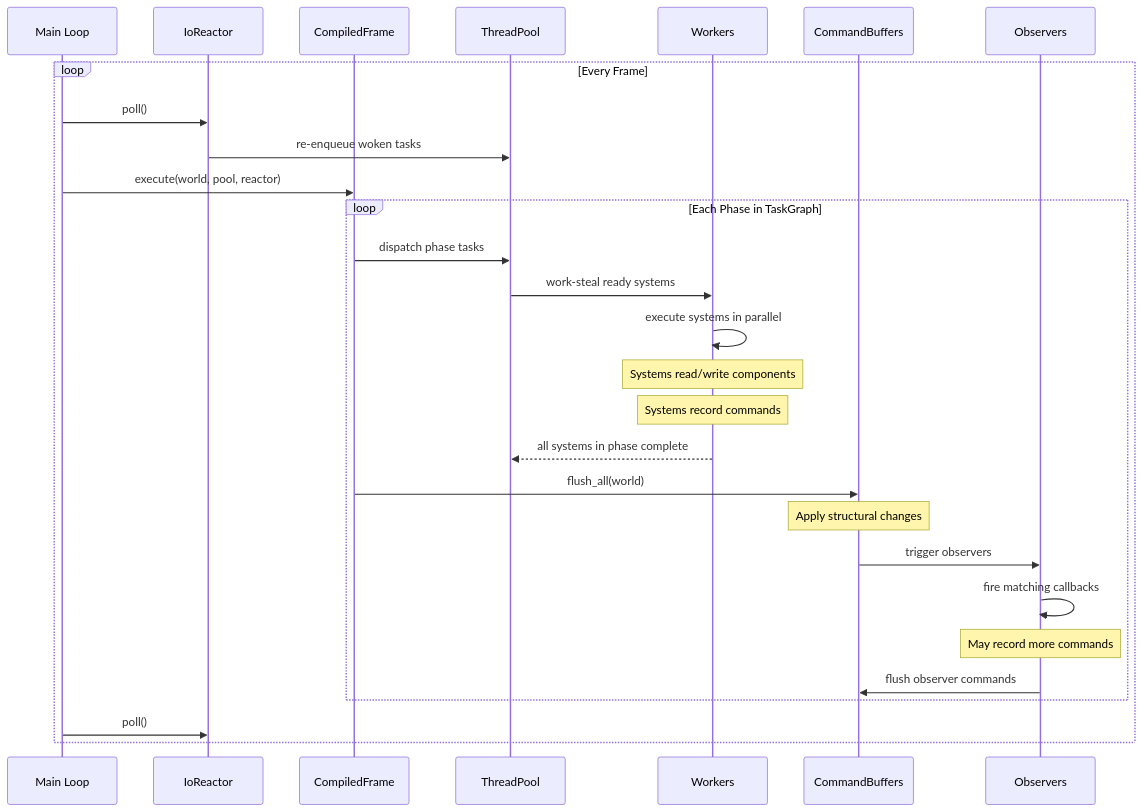
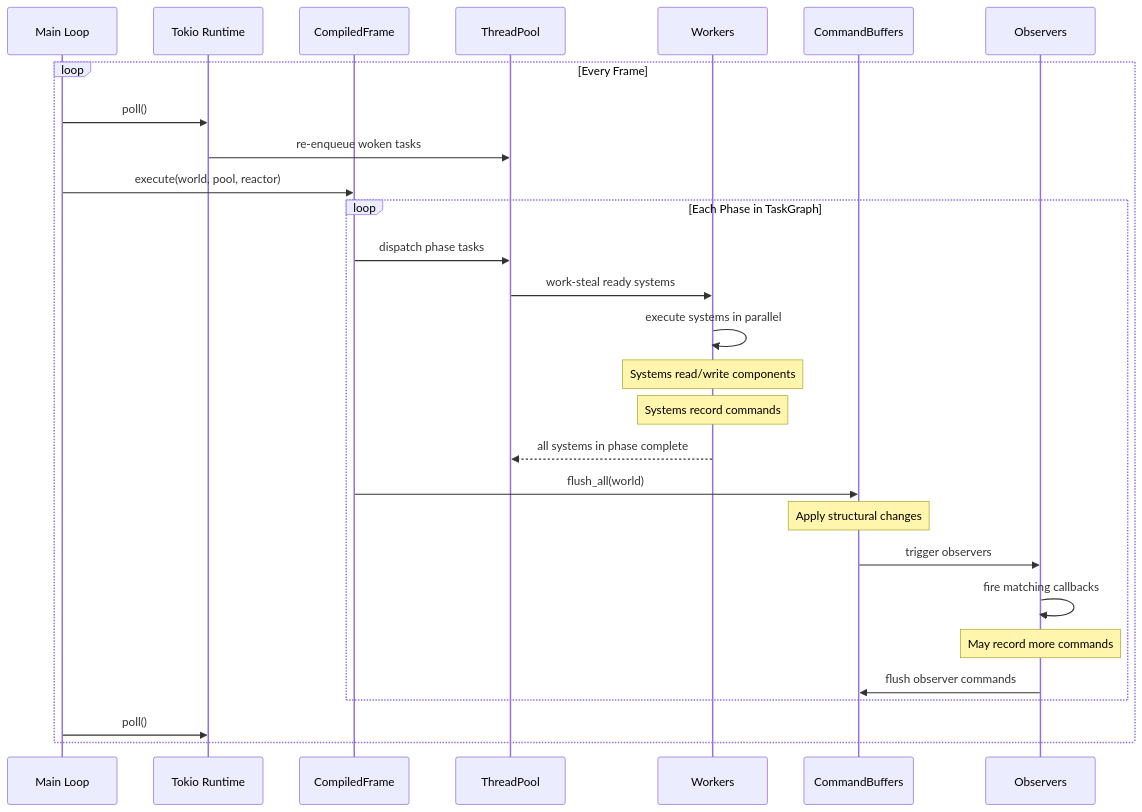
Before and after one commit to harmonius-dev/harmonius: the sixth of 9 diagrams in docs/design/core-runtime/ecs.md, drawn with Mermaid. The commit also changed other lines of this file and 229 other files, not shown here.

````diff
--- a/docs/design/core-runtime/ecs.md
+++ b/docs/design/core-runtime/ecs.md
@@ -2327,35 +2327,35 @@
 ```mermaid
 sequenceDiagram
     participant ML as Main Loop
-    participant RE as IoReactor
+    participant RE as Tokio Runtime
     participant CF as CompiledFrame
     participant TP as ThreadPool
     participant W as Workers
     participant CB as CommandBuffers
     participant OB as Observers
 
     loop Every Frame
         ML->>RE: poll()
         RE->>TP: re-enqueue woken tasks
 
         ML->>CF: execute(world, pool, reactor)
 
         loop Each Phase in TaskGraph
             CF->>TP: dispatch phase tasks
             TP->>W: work-steal ready systems
             W->>W: execute systems in parallel
             Note over W: Systems read/write components
             Note over W: Systems record commands
             W-->>TP: all systems in phase complete
 
             CF->>CB: flush_all(world)
             Note over CB: Apply structural changes
             CB->>OB: trigger observers
             OB->>OB: fire matching callbacks
             Note over OB: May record more commands
             OB->>CB: flush observer commands
         end
 
         ML->>RE: poll()
     end
 ```
````
